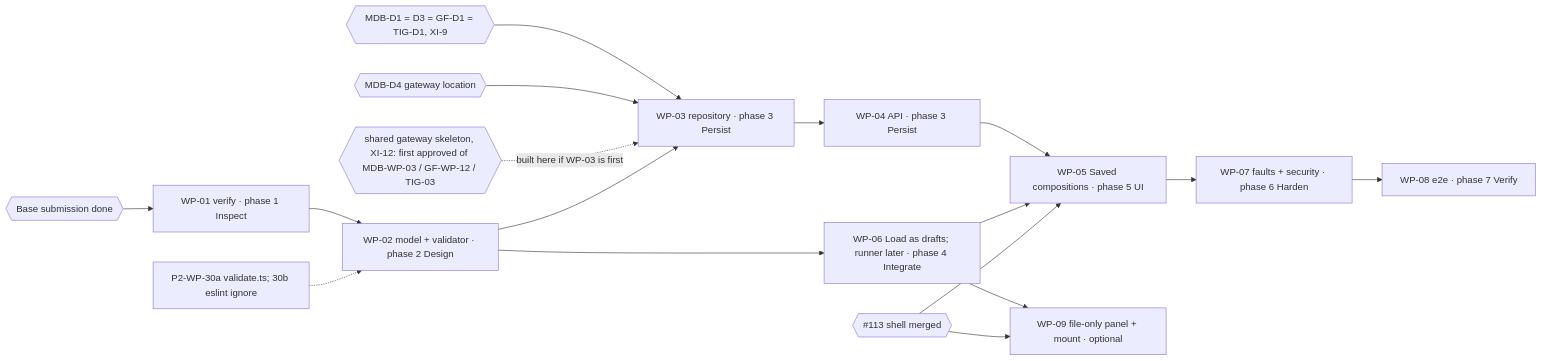
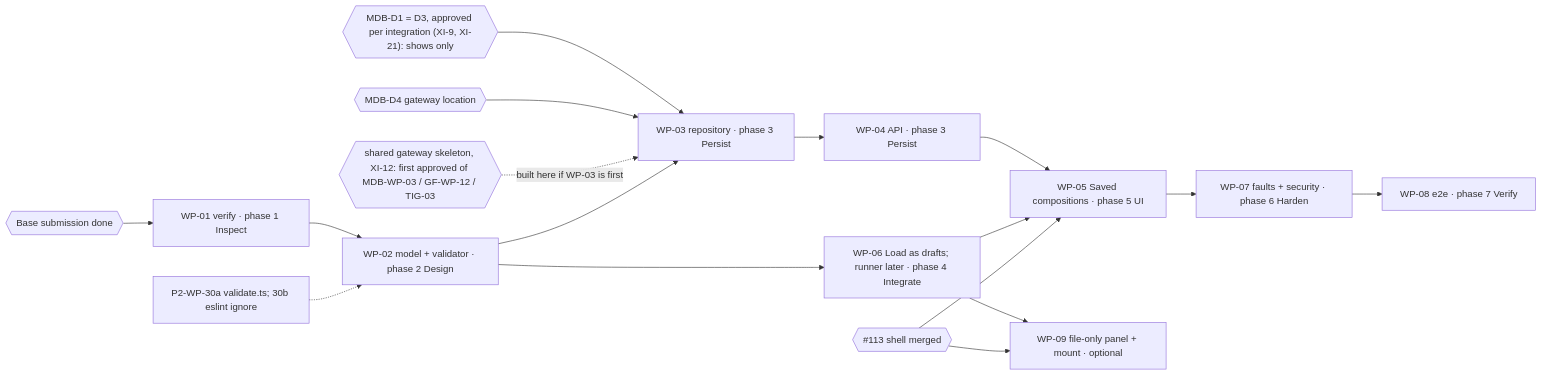
One commit to durhacko/Pihh changed the diagram in docs/planning/mongodb-integration-work-packages.md. Above: the diagram before and after it, drawn with Mermaid. The commit also changed other lines of this file and 2 other files, not shown here.

Commit message:
docs(mongodb): final cross-integration consistency pass (#130)

````diff
--- a/docs/planning/mongodb-integration-work-packages.md
+++ b/docs/planning/mongodb-integration-work-packages.md
@@ -576,23 +581,23 @@
 ```mermaid
 flowchart LR
   SUB{{Base submission done}}
-  D1{{MDB-D1 = D3 = GF-D1 = TIG-D1, XI-9}}
+  D1{{"MDB-D1 = D3, approved per integration (XI-9, XI-21): shows only"}}
   D4{{MDB-D4 gateway location}}
   B113{{#113 shell merged}}
   SK{{"shared gateway skeleton, XI-12: first approved of MDB-WP-03 / GF-WP-12 / TIG-03"}}
   P30[P2-WP-30a validate.ts; 30b eslint ignore]
   SUB --> W01[WP-01 verify · phase 1 Inspect] --> W02[WP-02 model + validator · phase 2 Design]
   P30 -.-> W02
   W02 --> W06[WP-06 Load as drafts; runner later · phase 4 Integrate]
   D1 --> W03[WP-03 repository · phase 3 Persist]
   D4 --> W03
   SK -.->|built here if WP-03 is first| W03
   W02 --> W03 --> W04[WP-04 API · phase 3 Persist]
   W04 --> W05[WP-05 Saved compositions · phase 5 UI]
   W06 --> W05
   B113 --> W05
   W05 --> W07[WP-07 faults + security · phase 6 Harden]
   W07 --> W08[WP-08 e2e · phase 7 Verify]
   W06 --> W09[WP-09 file-only panel + mount · optional]
   B113 --> W09
 ```
````
